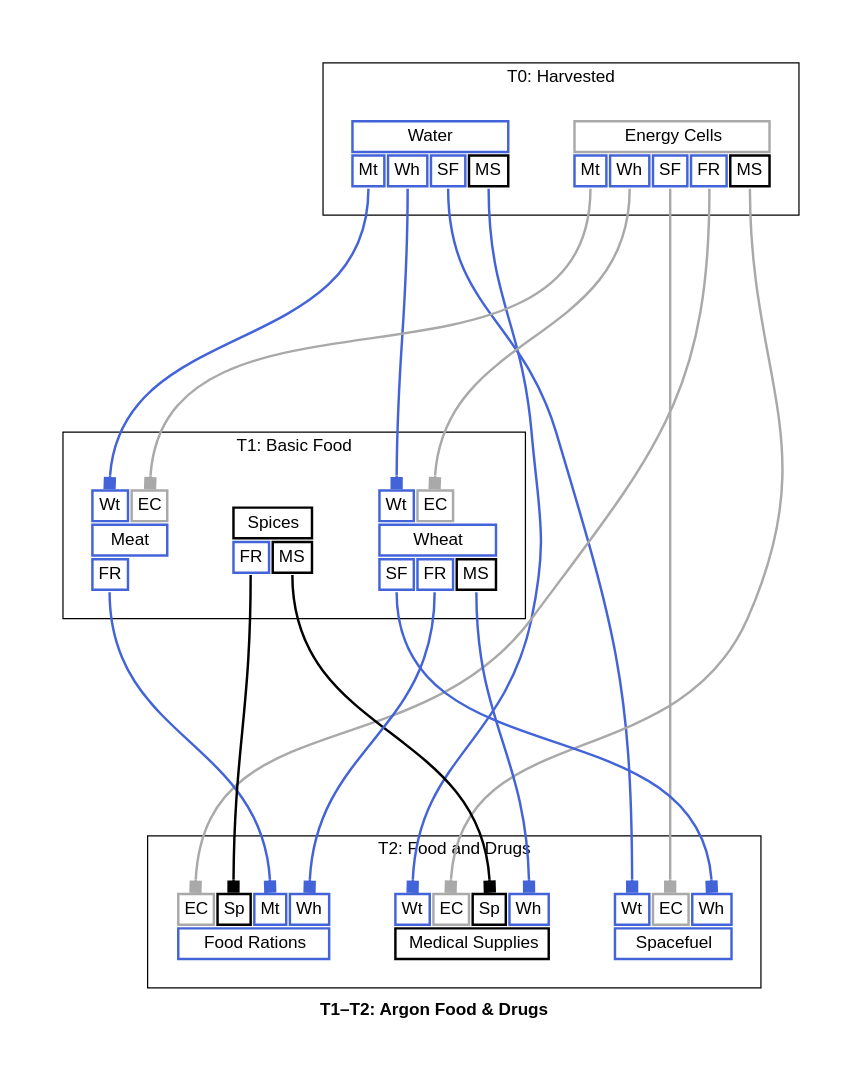
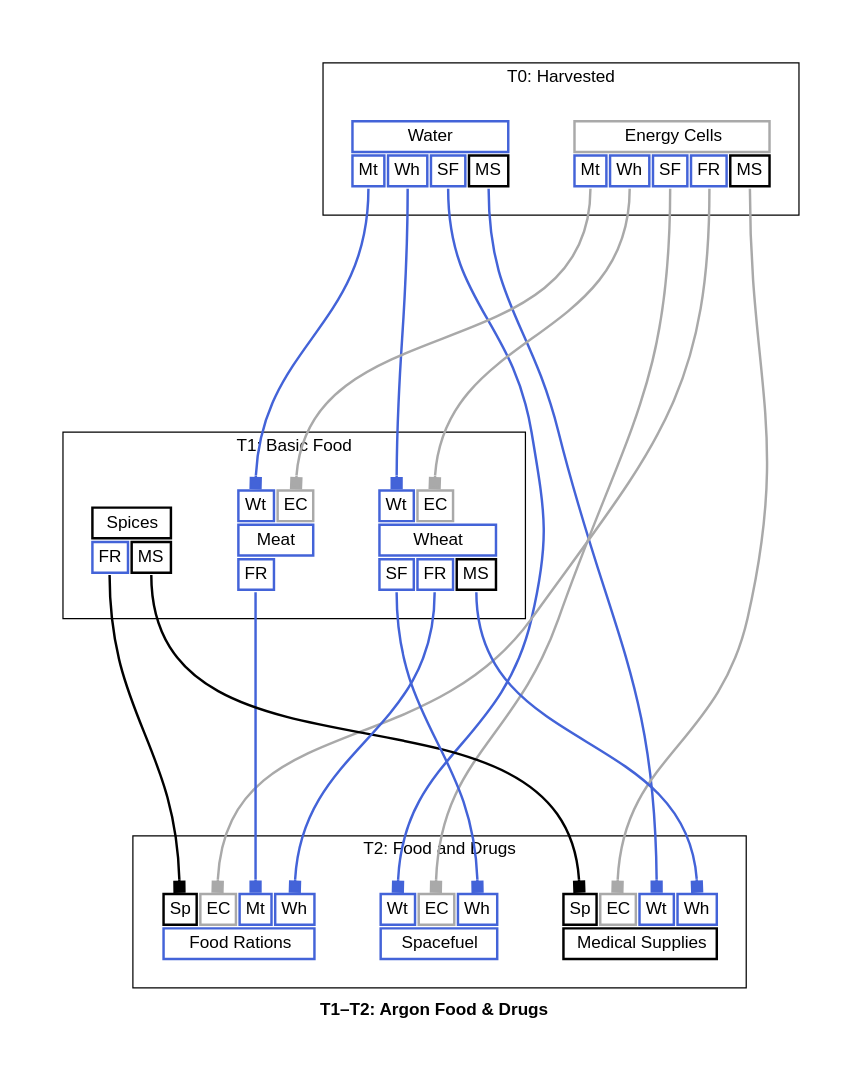
Before and after one commit to borntyping/x4-diagrams: the diagram in docs/t1_t2_argon_food_drugs_graph_full.dot, drawn with Graphviz. The commit also changed other lines of this file and 47 other files, not shown here.

```diff
--- a/docs/t1_t2_argon_food_drugs_graph_full.dot
+++ b/docs/t1_t2_argon_food_drugs_graph_full.dot
@@ -1,188 +1,188 @@
 digraph "X4 Economy" {
 	edge [arrowType=normal]
 	compound=true fontname="Helvetica,Arial,sans-serif"
 	label=<<b>T1–T2: Argon Food &amp; Drugs</b>>
 	graph [nodesep=0.3 pad=0.5 ranksep=3]
 	node [color=slategray1 fontname="Helvetica,Arial,sans-serif" margin=0.2 penwidth=2.0 shape=plaintext]
 	edge [arrowhead=normal arrowsize=1.0 fontname="Helvetica,Arial,sans-serif" headport=n penwidth=2.0 tailport=s]
 	subgraph 0 {
 		cluster=true label="T0: Harvested"
 		water [label=<<table border="0" cellborder="2" cellpadding="4" cellspacing="1" fixedsize="false" id="water" port="output">
   
   <tr>
     <td align="text" bgcolor="white" color="#4363d8" colspan="4">Water</td>
   </tr>
   
     <tr>
       
         <td align="text" bgcolor="white" color="#4363d8" port="meat">Mt</td>
       
         <td align="text" bgcolor="white" color="#4363d8" port="wheat">Wh</td>
       
         <td align="text" bgcolor="white" color="#4363d8" port="spacefuel">SF</td>
       
         <td align="text" bgcolor="white" color="#000000" port="medical_supplies">MS</td>
       
     </tr>
   
 </table>>]
 		energy_cells [label=<<table border="0" cellborder="2" cellpadding="4" cellspacing="1" fixedsize="false" id="energy_cells" port="output">
   
   <tr>
     <td align="text" bgcolor="white" color="#a9a9a9" colspan="5">Energy Cells</td>
   </tr>
   
     <tr>
       
         <td align="text" bgcolor="white" color="#4363d8" port="meat">Mt</td>
       
         <td align="text" bgcolor="white" color="#4363d8" port="wheat">Wh</td>
       
         <td align="text" bgcolor="white" color="#4363d8" port="spacefuel">SF</td>
       
         <td align="text" bgcolor="white" color="#4363d8" port="food_rations">FR</td>
       
         <td align="text" bgcolor="white" color="#000000" port="medical_supplies">MS</td>
       
     </tr>
   
 </table>>]
 	}
 	subgraph 1 {
 		cluster=true label="T1: Basic Food"
 		meat [label=<<table border="0" cellborder="2" cellpadding="4" cellspacing="1" fixedsize="false" id="meat" port="output">
   
     <tr>
       
         <td align="text" bgcolor="white" color="#4363d8" port="water">Wt</td>
       
         <td align="text" bgcolor="white" color="#a9a9a9" port="energy_cells">EC</td>
       
     </tr>
   
   <tr>
     <td align="text" bgcolor="white" color="#4363d8" colspan="2">Meat</td>
   </tr>
   
     <tr>
       
         <td align="text" bgcolor="white" color="#4363d8" port="food_rations">FR</td>
       
     </tr>
   
 </table>>]
 		spices [label=<<table border="0" cellborder="2" cellpadding="4" cellspacing="1" fixedsize="false" id="spices" port="output">
   
   <tr>
     <td align="text" bgcolor="white" color="#000000" colspan="2">Spices</td>
   </tr>
   
     <tr>
       
         <td align="text" bgcolor="white" color="#4363d8" port="food_rations">FR</td>
       
         <td align="text" bgcolor="white" color="#000000" port="medical_supplies">MS</td>
       
     </tr>
   
 </table>>]
 		wheat [label=<<table border="0" cellborder="2" cellpadding="4" cellspacing="1" fixedsize="false" id="wheat" port="output">
   
     <tr>
       
         <td align="text" bgcolor="white" color="#4363d8" port="water">Wt</td>
       
         <td align="text" bgcolor="white" color="#a9a9a9" port="energy_cells">EC</td>
       
     </tr>
   
   <tr>
     <td align="text" bgcolor="white" color="#4363d8" colspan="3">Wheat</td>
   </tr>
   
     <tr>
       
         <td align="text" bgcolor="white" color="#4363d8" port="spacefuel">SF</td>
       
         <td align="text" bgcolor="white" color="#4363d8" port="food_rations">FR</td>
       
         <td align="text" bgcolor="white" color="#000000" port="medical_supplies">MS</td>
       
     </tr>
   
 </table>>]
 	}
 	subgraph 2 {
 		cluster=true label="T2: Food and Drugs"
 		spacefuel [label=<<table border="0" cellborder="2" cellpadding="4" cellspacing="1" fixedsize="false" id="spacefuel" port="output">
   
     <tr>
       
         <td align="text" bgcolor="white" color="#4363d8" port="water">Wt</td>
       
         <td align="text" bgcolor="white" color="#a9a9a9" port="energy_cells">EC</td>
       
         <td align="text" bgcolor="white" color="#4363d8" port="wheat">Wh</td>
       
     </tr>
   
   <tr>
     <td align="text" bgcolor="white" color="#4363d8" colspan="3">Spacefuel</td>
   </tr>
   
 </table>>]
 		food_rations [label=<<table border="0" cellborder="2" cellpadding="4" cellspacing="1" fixedsize="false" id="food_rations" port="output">
   
     <tr>
       
+        <td align="text" bgcolor="white" color="#000000" port="spices">Sp</td>
+      
         <td align="text" bgcolor="white" color="#a9a9a9" port="energy_cells">EC</td>
-      
-        <td align="text" bgcolor="white" color="#000000" port="spices">Sp</td>
       
         <td align="text" bgcolor="white" color="#4363d8" port="meat">Mt</td>
       
         <td align="text" bgcolor="white" color="#4363d8" port="wheat">Wh</td>
       
     </tr>
   
   <tr>
     <td align="text" bgcolor="white" color="#4363d8" colspan="4">Food Rations</td>
   </tr>
   
 </table>>]
 		medical_supplies [label=<<table border="0" cellborder="2" cellpadding="4" cellspacing="1" fixedsize="false" id="medical_supplies" port="output">
   
     <tr>
       
-        <td align="text" bgcolor="white" color="#4363d8" port="water">Wt</td>
+        <td align="text" bgcolor="white" color="#000000" port="spices">Sp</td>
       
         <td align="text" bgcolor="white" color="#a9a9a9" port="energy_cells">EC</td>
       
-        <td align="text" bgcolor="white" color="#000000" port="spices">Sp</td>
+        <td align="text" bgcolor="white" color="#4363d8" port="water">Wt</td>
       
         <td align="text" bgcolor="white" color="#4363d8" port="wheat">Wh</td>
       
     </tr>
   
   <tr>
     <td align="text" bgcolor="white" color="#000000" colspan="4">Medical Supplies</td>
   </tr>
   
 </table>>]
 	}
 	energy_cells:meat:s -> meat:energy_cells:n [arrowhead=box color="#a9a9a9" weight=1.0]
 	water:meat:s -> meat:water:n [arrowhead=box color="#4363d8" weight=1.0]
 	energy_cells:wheat:s -> wheat:energy_cells:n [arrowhead=box color="#a9a9a9" weight=1.0]
 	water:wheat:s -> wheat:water:n [arrowhead=box color="#4363d8" weight=1.0]
 	energy_cells:spacefuel:s -> spacefuel:energy_cells:n [arrowhead=box color="#a9a9a9" weight=1.0]
 	water:spacefuel:s -> spacefuel:water:n [arrowhead=box color="#4363d8" weight=1.0]
 	wheat:spacefuel:s -> spacefuel:wheat:n [arrowhead=box color="#4363d8" weight=1.0]
 	energy_cells:food_rations:s -> food_rations:energy_cells:n [arrowhead=box color="#a9a9a9" weight=1.0]
 	meat:food_rations:s -> food_rations:meat:n [arrowhead=box color="#4363d8" weight=1.0]
 	spices:food_rations:s -> food_rations:spices:n [arrowhead=box color="#000000" weight=1.0]
 	wheat:food_rations:s -> food_rations:wheat:n [arrowhead=box color="#4363d8" weight=1.0]
 	energy_cells:medical_supplies:s -> medical_supplies:energy_cells:n [arrowhead=box color="#a9a9a9" weight=1.0]
 	spices:medical_supplies:s -> medical_supplies:spices:n [arrowhead=box color="#000000" weight=1.0]
 	water:medical_supplies:s -> medical_supplies:water:n [arrowhead=box color="#4363d8" weight=1.0]
 	wheat:medical_supplies:s -> medical_supplies:wheat:n [arrowhead=box color="#4363d8" weight=1.0]
 }
```
